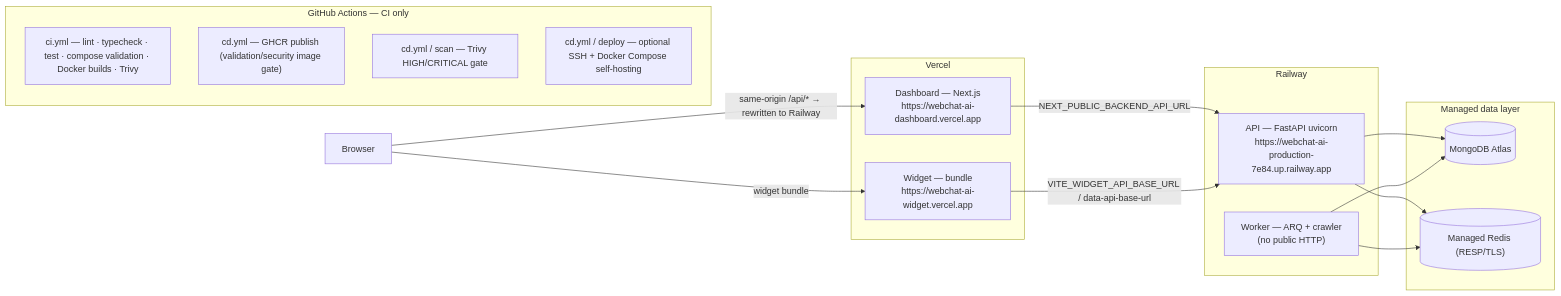
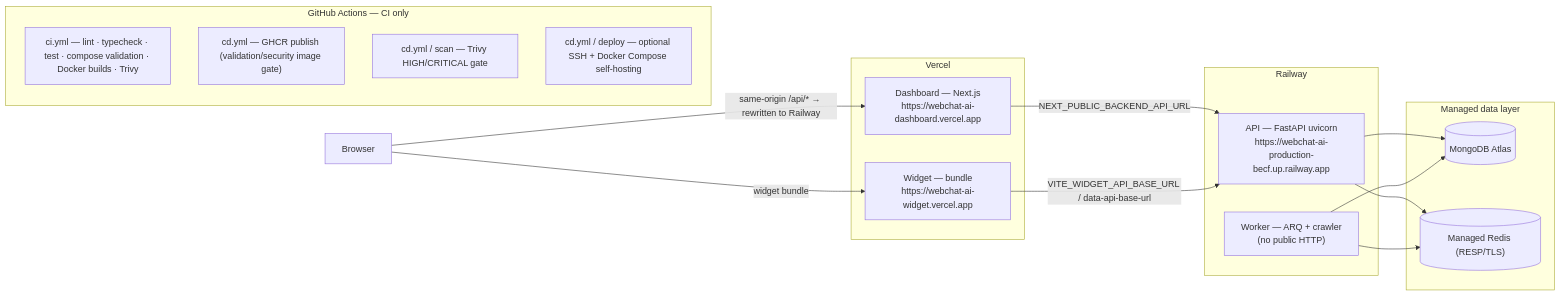
Before and after one commit to joven316/webchat: the diagram in docs/deployment/README.md, drawn with Mermaid. The commit also changed other lines of this file and 14 other files, not shown here.

````diff
--- a/docs/deployment/README.md
+++ b/docs/deployment/README.md
@@ -13,34 +13,34 @@
 ```mermaid
 flowchart LR
     subgraph VERCEL["Vercel"]
         DASH["Dashboard — Next.js<br/>https://webchat-ai-dashboard.vercel.app"]
         WIDGET["Widget — bundle<br/>https://webchat-ai-widget.vercel.app"]
     end
 
     subgraph RAILWAY["Railway"]
-        API["API — FastAPI uvicorn<br/>https://webchat-ai-production-7e84.up.railway.app"]
+        API["API — FastAPI uvicorn<br/>https://webchat-ai-production-becf.up.railway.app"]
         WORKER["Worker — ARQ + crawler<br/>(no public HTTP)"]
     end
 
     subgraph DATA["Managed data layer"]
         MONGO[("MongoDB Atlas")]
         REDIS[("Managed Redis (RESP/TLS)")]
     end
 
     subgraph CD["GitHub Actions — CI only"]
         CI["ci.yml — lint · typecheck · test · compose validation · Docker builds · Trivy"]
         CDPUB["cd.yml — GHCR publish (validation/security image gate)"]
         TRIVY["cd.yml / scan — Trivy HIGH/CRITICAL gate"]
         SELFHOST["cd.yml / deploy — optional SSH + Docker Compose self-hosting"]
     end
 
     BROWSER["Browser"] -->|"same-origin /api/* → rewritten to Railway"| DASH
     DASH -->|"NEXT_PUBLIC_BACKEND_API_URL"| API
     BROWSER -->|"widget bundle"| WIDGET
     WIDGET -->|"VITE_WIDGET_API_BASE_URL / data-api-base-url"| API
 
     API --> MONGO
     WORKER --> MONGO
     API --> REDIS
     WORKER --> REDIS
 ```
````
